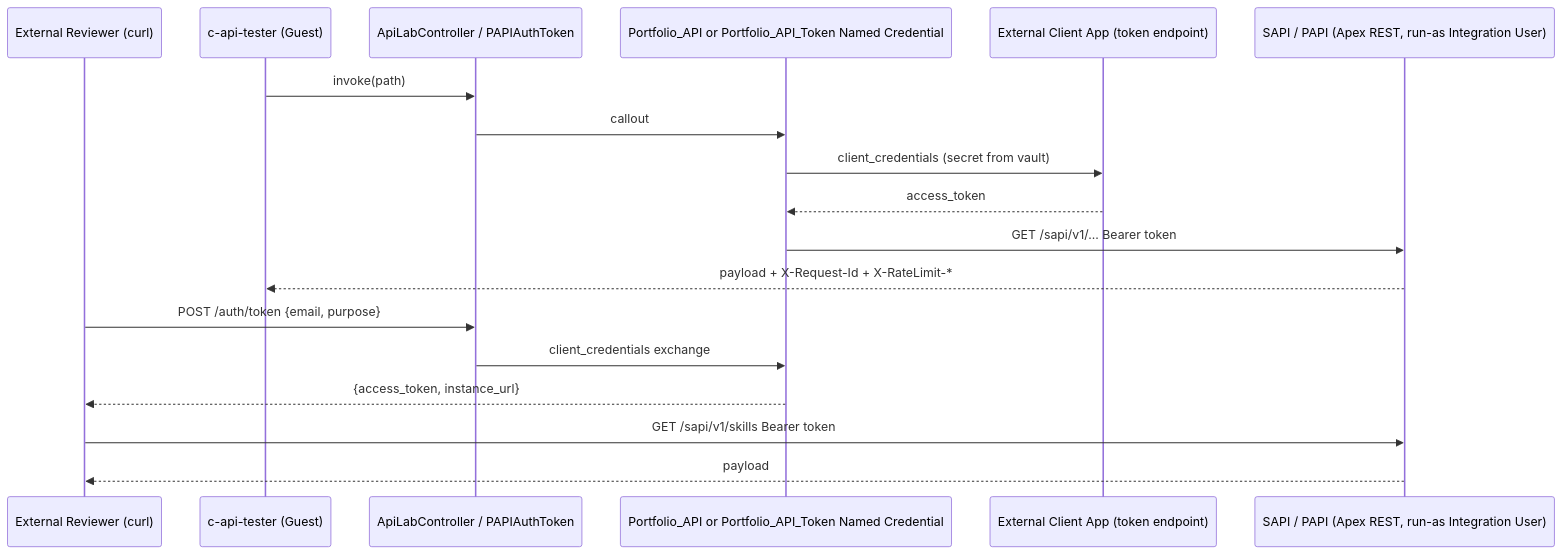
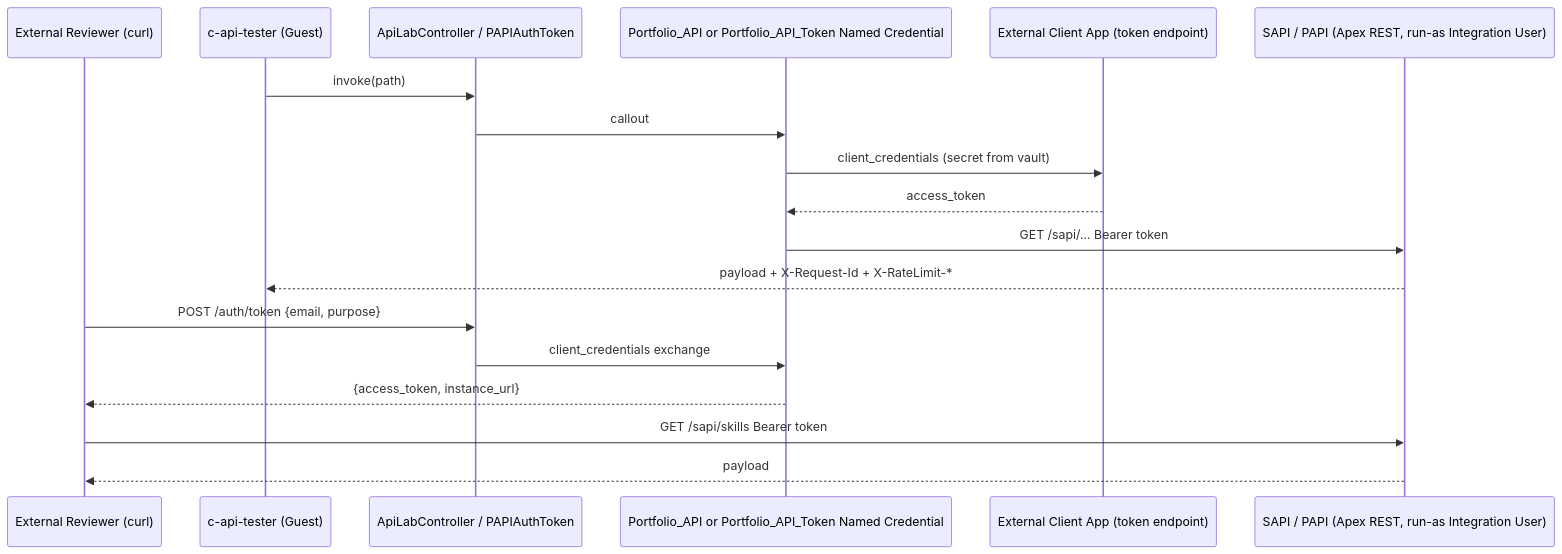
Before and after one commit to rdbumstead/salesforce-platform-architect-portfolio: the fifth of 5 diagrams in docs/guides/03-SAS.md, drawn with Mermaid. The commit also changed other lines of this file and 11 other files, not shown here.

````diff
--- a/docs/guides/03-SAS.md
+++ b/docs/guides/03-SAS.md
@@ -869,22 +872,22 @@
 ```mermaid
 sequenceDiagram
     participant Reviewer as External Reviewer (curl)
     participant LWC as c-api-tester (Guest)
     participant Proxy as ApiLabController / PAPIAuthToken
     participant NC as Portfolio_API or Portfolio_API_Token Named Credential
     participant ECA as External Client App (token endpoint)
     participant API as SAPI / PAPI (Apex REST, run-as Integration User)
 
     LWC->>Proxy: invoke(path)
     Proxy->>NC: callout
     NC->>ECA: client_credentials (secret from vault)
     ECA-->>NC: access_token
-    NC->>API: GET /sapi/v1/... Bearer token
+    NC->>API: GET /sapi/... Bearer token
     API-->>LWC: payload + X-Request-Id + X-RateLimit-*
 
     Reviewer->>Proxy: POST /auth/token {email, purpose}
     Proxy->>NC: client_credentials exchange
     NC-->>Reviewer: {access_token, instance_url}
-    Reviewer->>API: GET /sapi/v1/skills Bearer token
+    Reviewer->>API: GET /sapi/skills Bearer token
     API-->>Reviewer: payload
 ```
````
